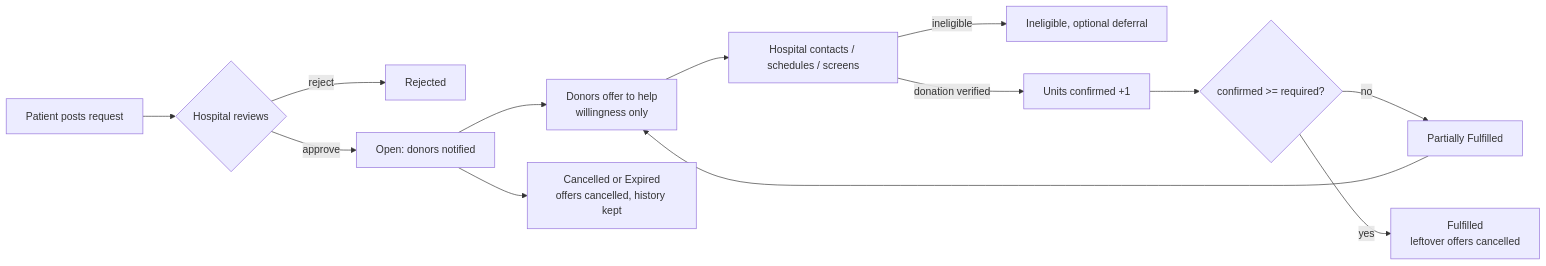
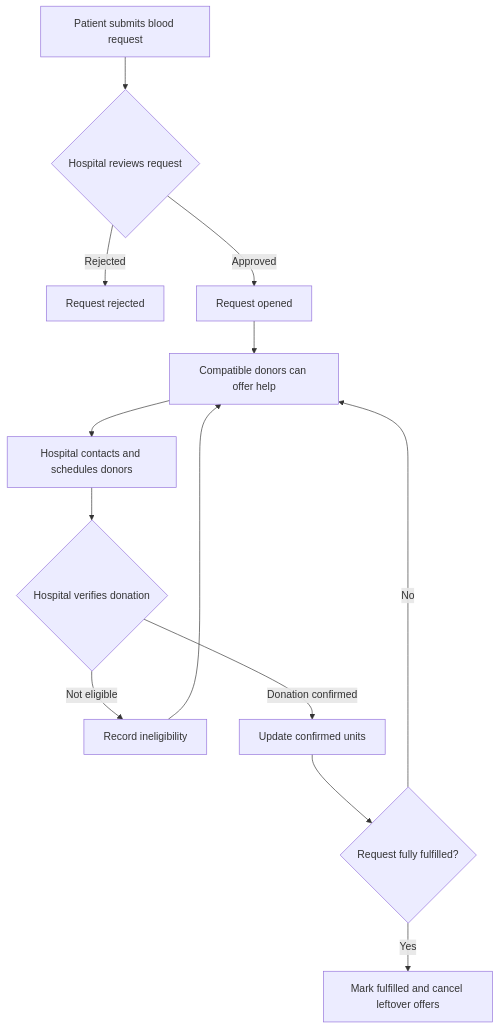
Before and after one commit to alimemonnn/BloodLink: the diagram in README.md, drawn with Mermaid. The commit also changed other lines of this file, not shown here.

````diff
--- a/README.md
+++ b/README.md
@@ -77,15 +209,15 @@
 ```mermaid
-flowchart LR
-  P[Patient posts request] --> H{Hospital reviews}
-  H -- reject --> R[Rejected]
-  H -- approve --> O[Open: donors notified]
-  O --> D[Donors offer to help<br/>willingness only]
-  D --> C[Hospital contacts / schedules / screens]
-  C -- ineligible --> I[Ineligible, optional deferral]
-  C -- donation verified --> V[Units confirmed +1]
-  V --> Q{confirmed >= required?}
-  Q -- no --> PF[Partially Fulfilled]
-  PF --> D
-  Q -- yes --> F[Fulfilled<br/>leftover offers cancelled]
-  O --> X[Cancelled or Expired<br/>offers cancelled, history kept]
+flowchart TD
+    A[Patient submits blood request] --> B{Hospital reviews request}
+    B -->|Rejected| C[Request rejected]
+    B -->|Approved| D[Request opened]
+    D --> E[Compatible donors can offer help]
+    E --> F[Hospital contacts and schedules donors]
+    F --> G{Hospital verifies donation}
+    G -->|Not eligible| H[Record ineligibility]
+    H --> E
+    G -->|Donation confirmed| I[Update confirmed units]
+    I --> J{Request fully fulfilled?}
+    J -->|No| E
+    J -->|Yes| K[Mark fulfilled and cancel leftover offers]
 ```
````
